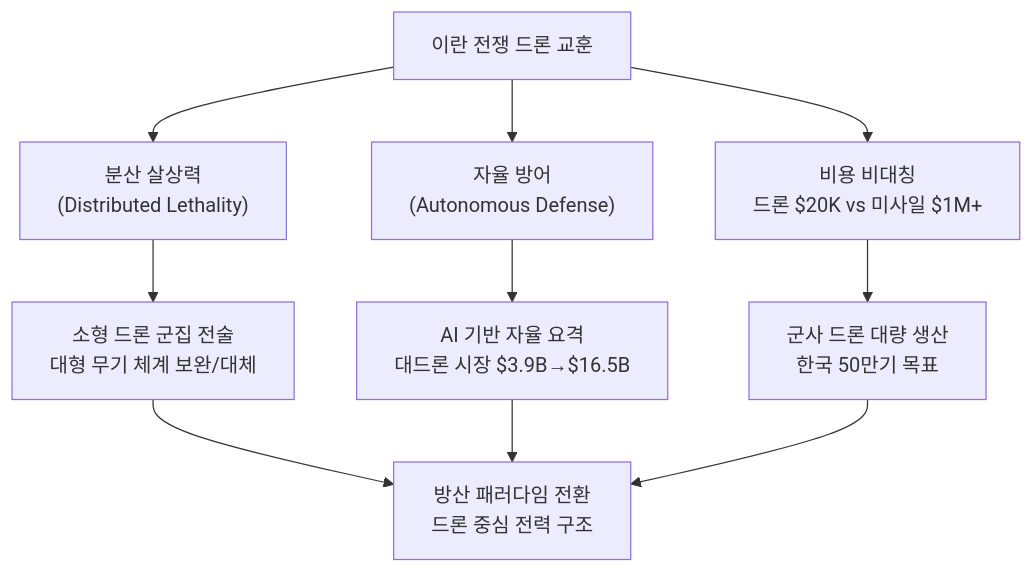
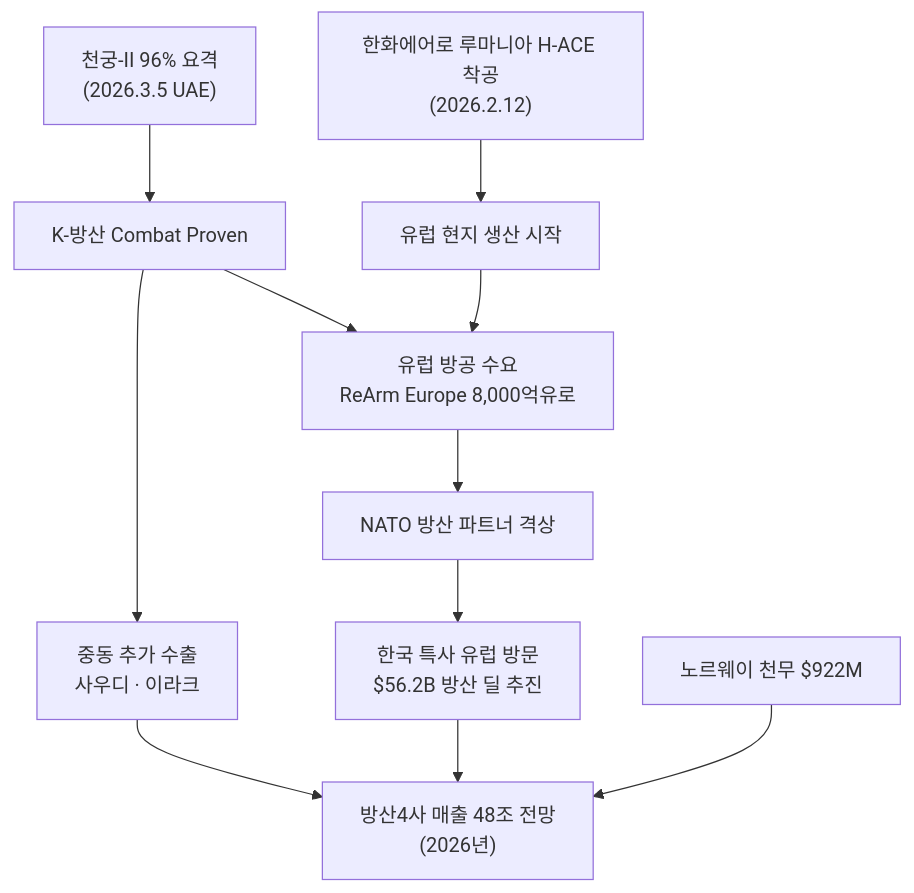
Before and after one commit to dss99911/dss99911.github.io: the fourth of 7 diagrams in _posts/knowledge/invest/2026-03-07-defense-space-sector-outlook-2026.md, drawn with Mermaid. The commit also changed other lines of this file and 2 other files, not shown here.

````diff
--- a/_posts/knowledge/invest/2026-03-07-defense-space-sector-outlook-2026.md
+++ b/_posts/knowledge/invest/2026-03-07-defense-space-sector-outlook-2026.md
@@ -204,14 +148,16 @@
 ```mermaid
 graph TD
-    A["이란 전쟁 드론 교훈"] --> B["분산 살상력<br/>(Distributed Lethality)"]
-    A --> C["자율 방어<br/>(Autonomous Defense)"]
-    A --> D["비용 비대칭<br/>드론 $20K vs 미사일 $1M+"]
+    A["천궁-II 96% 요격<br/>(2026.3.5 UAE)"] --> B["K-방산 Combat Proven"]
+    G["한화에어로 루마니아 H-ACE 착공<br/>(2026.2.12)"] --> H["유럽 현지 생산 시작"]
 
-    B --> E["소형 드론 군집 전술<br/>대형 무기 체계 보완/대체"]
-    C --> F["AI 기반 자율 요격<br/>대드론 시장 $3.9B→$16.5B"]
-    D --> G["군사 드론 대량 생산<br/>한국 50만기 목표"]
+    B --> C["중동 추가 수출<br/>사우디 · 이라크"]
+    B --> D["유럽 방공 수요<br/>ReArm Europe 8,000억유로"]
+    H --> D
 
-    E --> H["방산 패러다임 전환<br/>드론 중심 전력 구조"]
-    F --> H
-    G --> H
+    D --> I["NATO 방산 파트너 격상"]
+    I --> J["한국 특사 유럽 방문<br/>$56.2B 방산 딜 추진"]
+
+    C --> F["방산4사 매출 48조 전망<br/>(2026년)"]
+    J --> F
+    E["노르웨이 천무 $922M"] --> F
 ```
````
